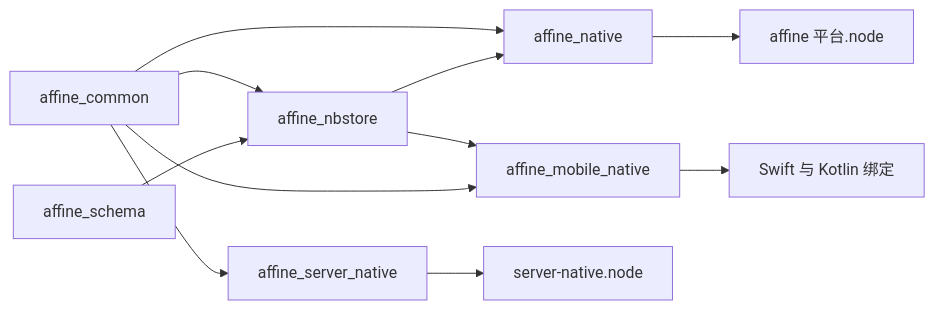
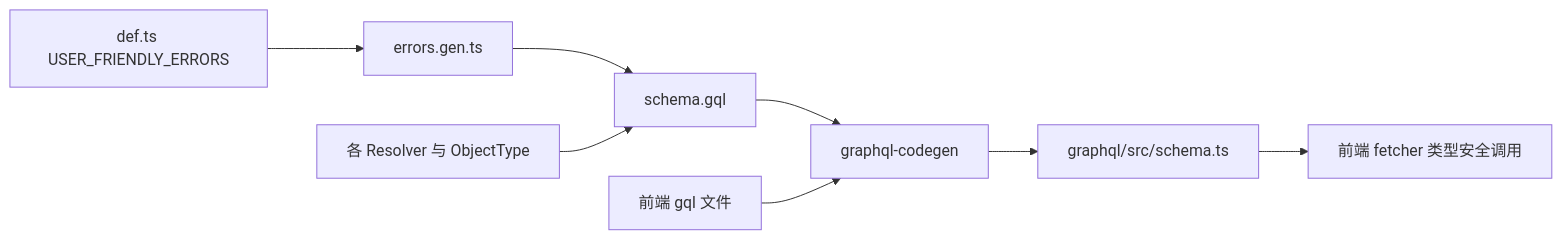
One commit to lfire/AFFiNE changed the fourth of 4 diagrams in learning-guide/slides/decks/09.md. Above: the diagram before and after it, drawn with Mermaid. The commit also changed other lines of this file and 73 other files, not shown here.

````diff
--- a/learning-guide/slides/decks/09.md
+++ b/learning-guide/slides/decks/09.md
@@ -347,13 +493,10 @@
 ```mermaid
 flowchart LR
-  common["affine_common"] --> servernative["affine_server_native"]
-  common --> nbstoreRs["affine_nbstore"]
-  common --> native["affine_native"]
-  schema["affine_schema"] --> nbstoreRs
-  nbstoreRs --> native
-  nbstoreRs --> mobile["affine_mobile_native"]
-  common --> mobile
-  servernative --> jsS["server-native.node"]
-  native --> jsN["affine 平台.node"]
-  mobile --> swift["Swift 与 Kotlin 绑定"]
+  Def["def.ts USER_FRIENDLY_ERRORS"] --> Gen["errors.gen.ts"]
+  Gen --> GQL["schema.gql"]
+  Resolver["各 Resolver 与 ObjectType"] --> GQL
+  GQL --> Codegen["graphql-codegen"]
+  Docs["前端 gql 文件"] --> Codegen
+  Codegen --> SchemaTS["graphql/src/schema.ts"]
+  SchemaTS --> FE["前端 fetcher 类型安全调用"]
 ```
````
